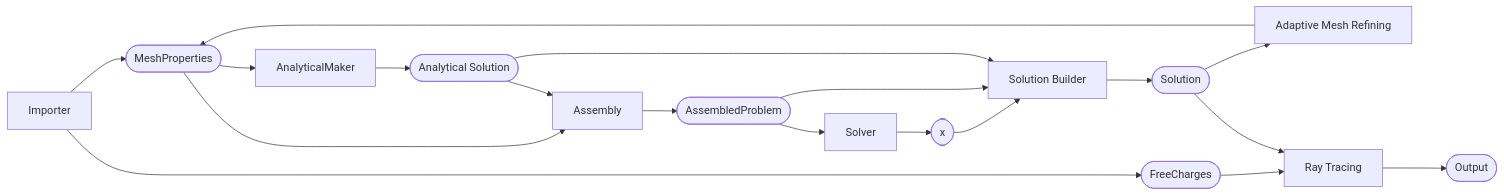
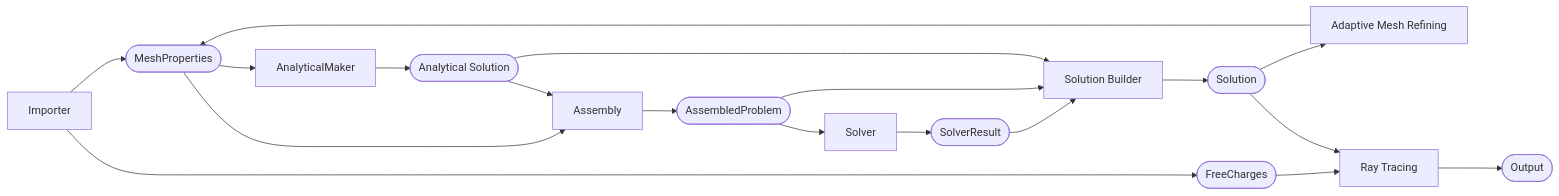
One commit to dmglushko/poisson changed the diagram in architecture.md. Above: the diagram before and after it, drawn with Mermaid. The commit also changed other lines of this file and 3 other files, not shown here.

First line of the commit message:
Add SolverResult as the output of the solver

````diff
--- a/architecture.md
+++ b/architecture.md
@@ -7,37 +7,37 @@
 ```mermaid
 flowchart LR
     IMP[Importer]
     AMR[Adaptive Mesh Refining]
     AM[AnalyticalMaker]
     ASM[Assembly]
     SOL[Solver]
     SB[Solution Builder]
     RT[Ray Tracing]
 
     M([MeshProperties])
     CH([FreeCharges])
     AS([Analytical Solution])
     AP([AssembledProblem])
-    X([x])
+    SR([SolverResult])
     S([Solution])
     OUT([Output])
 
     IMP --> M
     IMP --> CH
     CH --> RT
     AMR --> M
     M --> ASM
     M --> AM
     AM --> AS
     AS --> ASM
     ASM --> AP
     AP --> SOL
-    SOL --> X
-    X --> SB
+    SOL --> SR
+    SR --> SB
     AP --> SB
     AS --> SB
     SB --> S
     S --> AMR
     S --> RT
     RT --> OUT
 ```
````
